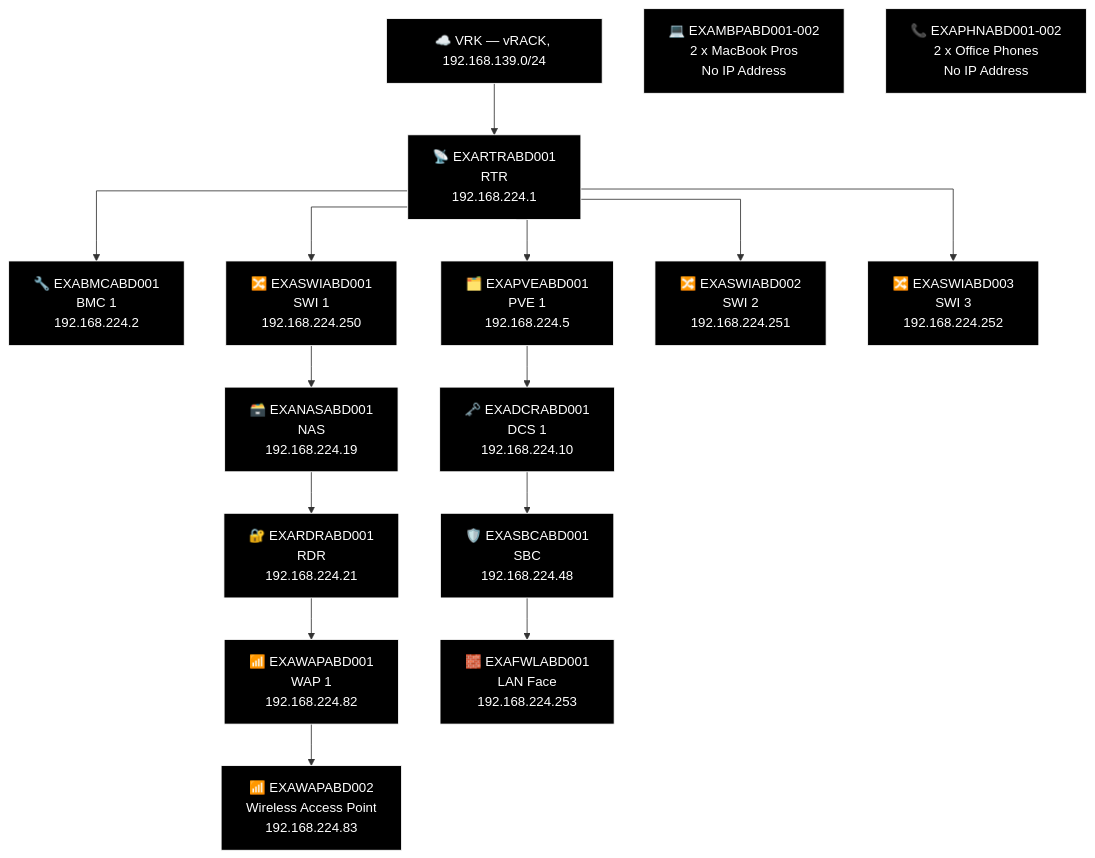
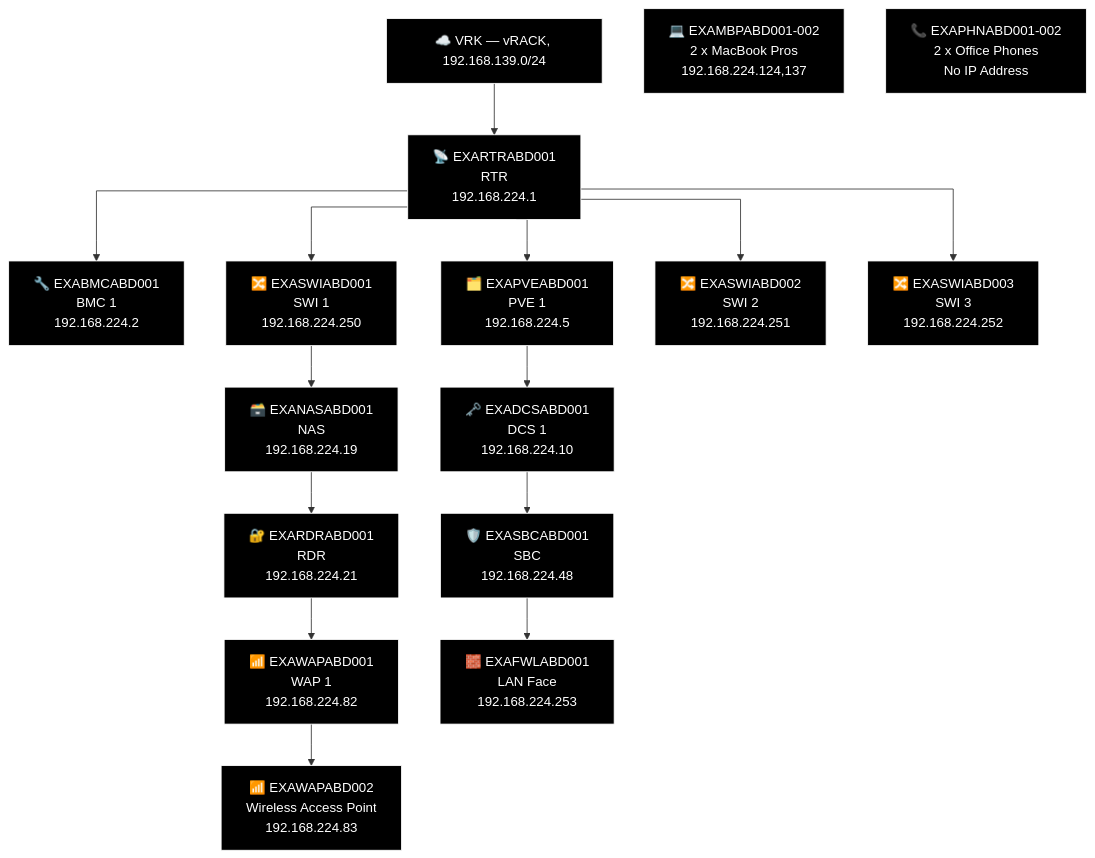
Diagram 21 of 21 in docs/network-diagram/scotland.md (knightmare2600/example_music_infra), drawn with Mermaid before and after one commit. The commit also changed other lines of this file and 11 other files, not shown here.

````diff
--- a/docs/network-diagram/scotland.md
+++ b/docs/network-diagram/scotland.md
@@ -1154,46 +1154,46 @@
 ```mermaid
 %% GENERATED:TOPOLOGY:ABD:START
 %%{init: {'flowchart': {'curve': 'stepAfter'}}}%%
 graph TD
     T_VRK["☁️ VRK — vRACK, 192.168.139.0/24"]
     T_RTR["📡 EXARTRABD001<br/>RTR<br/>192.168.224.1"]
     T_VRK --> T_RTR
     T_BMC["🔧 EXABMCABD001<br/>BMC 1<br/>192.168.224.2"]
     T_RTR --> T_BMC
     T_PVE["🗂️ EXAPVEABD001<br/>PVE 1<br/>192.168.224.5"]
     T_RTR --> T_PVE
     T_SWI["🔀 EXASWIABD001<br/>SWI 1<br/>192.168.224.250"]
     T_RTR --> T_SWI
     T_SWI2["🔀 EXASWIABD002<br/>SWI 2<br/>192.168.224.251"]
     T_RTR --> T_SWI2
     T_SWI3["🔀 EXASWIABD003<br/>SWI 3<br/>192.168.224.252"]
     T_RTR --> T_SWI3
     T_NAS["🗃️ EXANASABD001<br/>NAS<br/>192.168.224.19"]
     T_RDR["🔐 EXARDRABD001<br/>RDR<br/>192.168.224.21"]
     T_WAP["📶 EXAWAPABD001<br/>WAP 1<br/>192.168.224.82"]
     T_WAP2["📶 EXAWAPABD002<br/>Wireless Access Point<br/>192.168.224.83"]
     T_SWI --> T_NAS --> T_RDR --> T_WAP --> T_WAP2
-    T_DCS["🗝️ EXADCRABD001<br/>DCS 1<br/>192.168.224.10"]
+    T_DCS["🗝️ EXADCSABD001<br/>DCS 1<br/>192.168.224.10"]
     T_SBC["🛡️ EXASBCABD001<br/>SBC<br/>192.168.224.48"]
     T_FWL["🧱 EXAFWLABD001<br/>LAN Face<br/>192.168.224.253"]
     T_PVE --> T_DCS --> T_SBC --> T_FWL
-    T_OTH_MBP["💻 EXAMBPABD001-002<br/>2 x MacBook Pros<br/>No IP Address"]
+    T_OTH_MBP["💻 EXAMBPABD001-002<br/>2 x MacBook Pros<br/>192.168.224.124,137"]
     T_OTH_PHN["📞 EXAPHNABD001-002<br/>2 x Office Phones<br/>No IP Address"]
     style T_VRK fill:#000000,stroke:#FFFFFF,color:#FFFFFF
     style T_RTR fill:#000000,stroke:#FFFFFF,color:#FFFFFF
     style T_BMC fill:#000000,stroke:#FFFFFF,color:#FFFFFF
     style T_PVE fill:#000000,stroke:#FFFFFF,color:#FFFFFF
     style T_SWI fill:#000000,stroke:#FFFFFF,color:#FFFFFF
     style T_SWI2 fill:#000000,stroke:#FFFFFF,color:#FFFFFF
     style T_SWI3 fill:#000000,stroke:#FFFFFF,color:#FFFFFF
     style T_NAS fill:#000000,stroke:#FFFFFF,color:#FFFFFF
     style T_RDR fill:#000000,stroke:#FFFFFF,color:#FFFFFF
     style T_WAP fill:#000000,stroke:#FFFFFF,color:#FFFFFF
     style T_WAP2 fill:#000000,stroke:#FFFFFF,color:#FFFFFF
     style T_DCS fill:#000000,stroke:#FFFFFF,color:#FFFFFF
     style T_SBC fill:#000000,stroke:#FFFFFF,color:#FFFFFF
     style T_FWL fill:#000000,stroke:#FFFFFF,color:#FFFFFF
     style T_OTH_MBP fill:#000000,stroke:#FFFFFF,color:#FFFFFF
     style T_OTH_PHN fill:#000000,stroke:#FFFFFF,color:#FFFFFF
 %% GENERATED:TOPOLOGY:ABD:END
 ```
````
